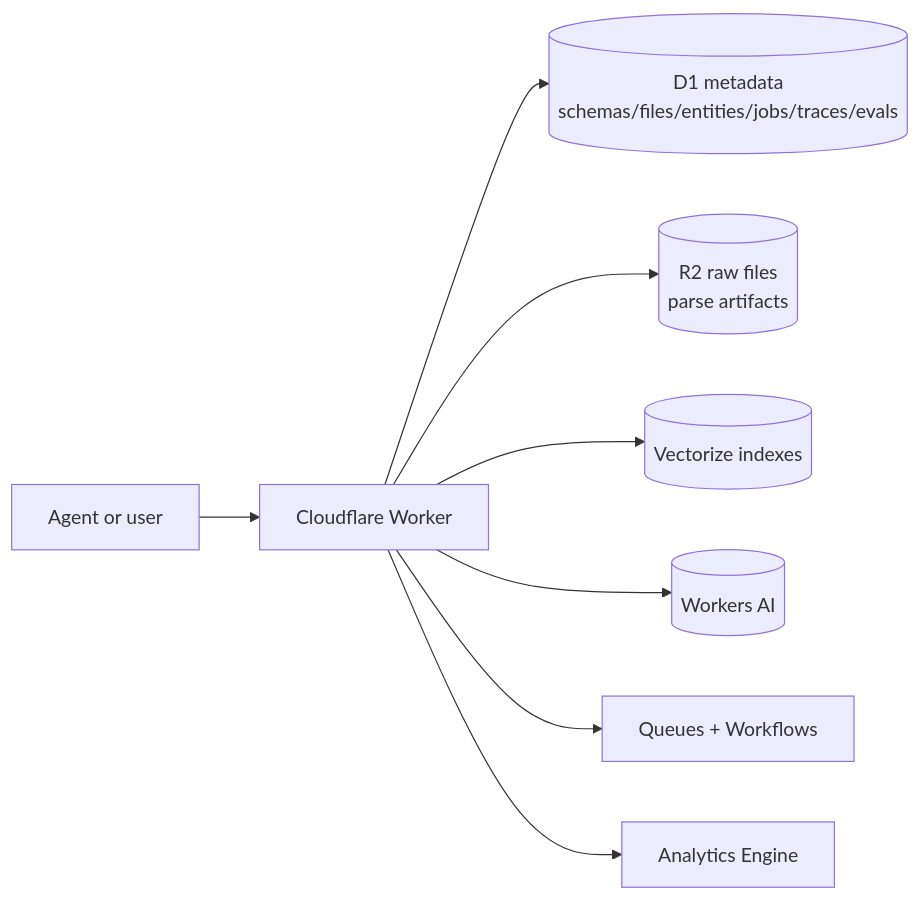
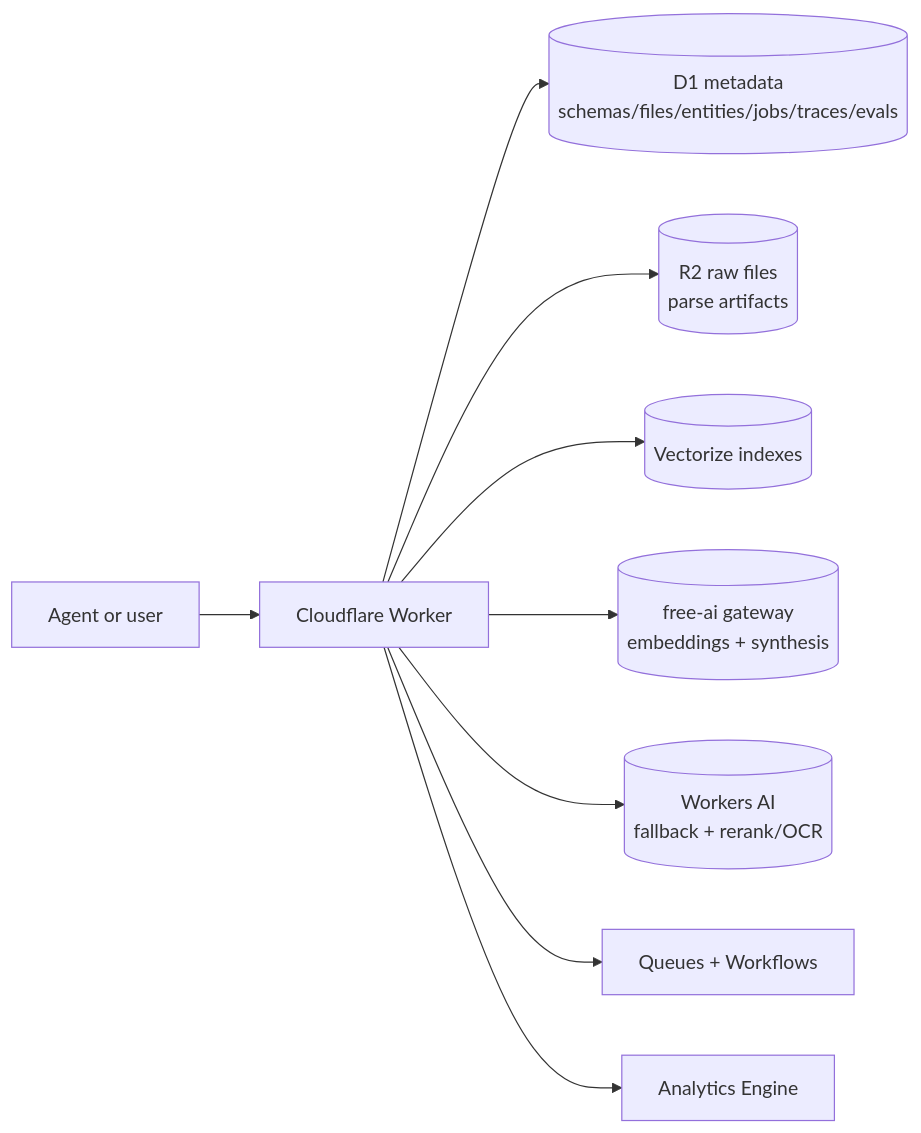
The diagram in docs/architecture/overview.md (sass-maker/knowledge-base), drawn with Mermaid before and after one commit. The commit also changed other lines of this file and 10 other files, not shown here.

````diff
--- a/docs/architecture/overview.md
+++ b/docs/architecture/overview.md
@@ -11,10 +13,11 @@
 ```mermaid
 flowchart LR
     User[Agent or user] --> Worker[Cloudflare Worker]
     Worker --> D1[(D1 metadata<br/>schemas/files/entities/jobs/traces/evals)]
     Worker --> R2[(R2 raw files<br/>parse artifacts)]
     Worker --> Vectorize[(Vectorize indexes)]
-    Worker --> AI[(Workers AI)]
+    Worker --> FreeAI[(free-ai gateway<br/>embeddings + synthesis)]
+    Worker --> AI[(Workers AI<br/>fallback + rerank/OCR)]
     Worker --> Queue[Queues + Workflows]
     Worker --> Analytics[Analytics Engine]
 ```
````
